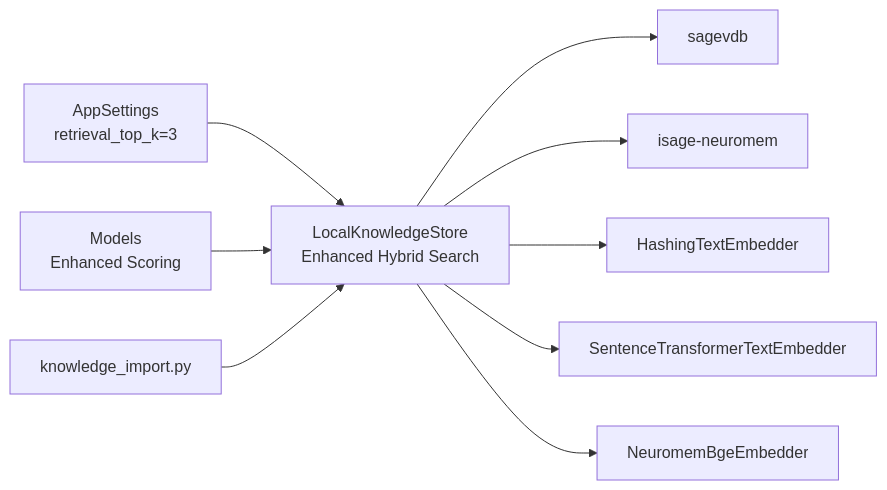
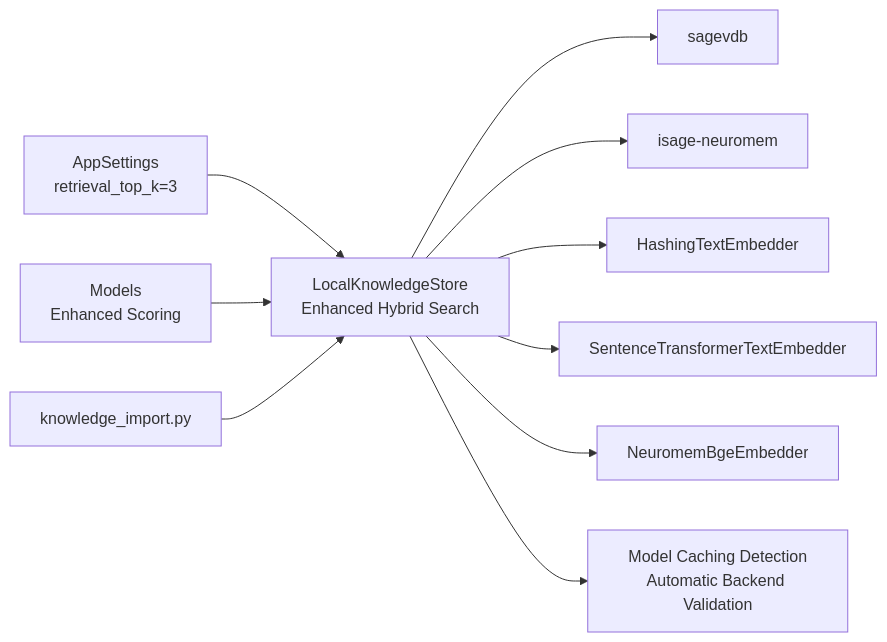
One commit to intellistream/sage-mate changed diagram 11 of 11 in .qoder/repowiki/en/content/Knowledge Management/Knowledge Base Storage.md. Above: the diagram before and after it, drawn with Mermaid. The commit also changed other lines of this file and 53 other files, not shown here.

````diff
--- a/.qoder/repowiki/en/content/Knowledge Management/Knowledge Base Storage.md
+++ b/.qoder/repowiki/en/content/Knowledge Management/Knowledge Base Storage.md
@@ -452,11 +545,12 @@
 ```mermaid
 graph LR
 Settings["AppSettings<br/>retrieval_top_k=3"] --> Store["LocalKnowledgeStore<br/>Enhanced Hybrid Search"]
 Models["Models<br/>Enhanced Scoring"] --> Store
 Store --> SageVDB["sagevdb"]
 Store --> Neuromem["isage-neuromem"]
 Store --> Embed1["HashingTextEmbedder"]
 Store --> Embed2["SentenceTransformerTextEmbedder"]
 Store --> Embed3["NeuromemBgeEmbedder"]
+Store --> Validation["Model Caching Detection<br/>Automatic Backend Validation"]
 Import["knowledge_import.py"] --> Store
 ```
````
